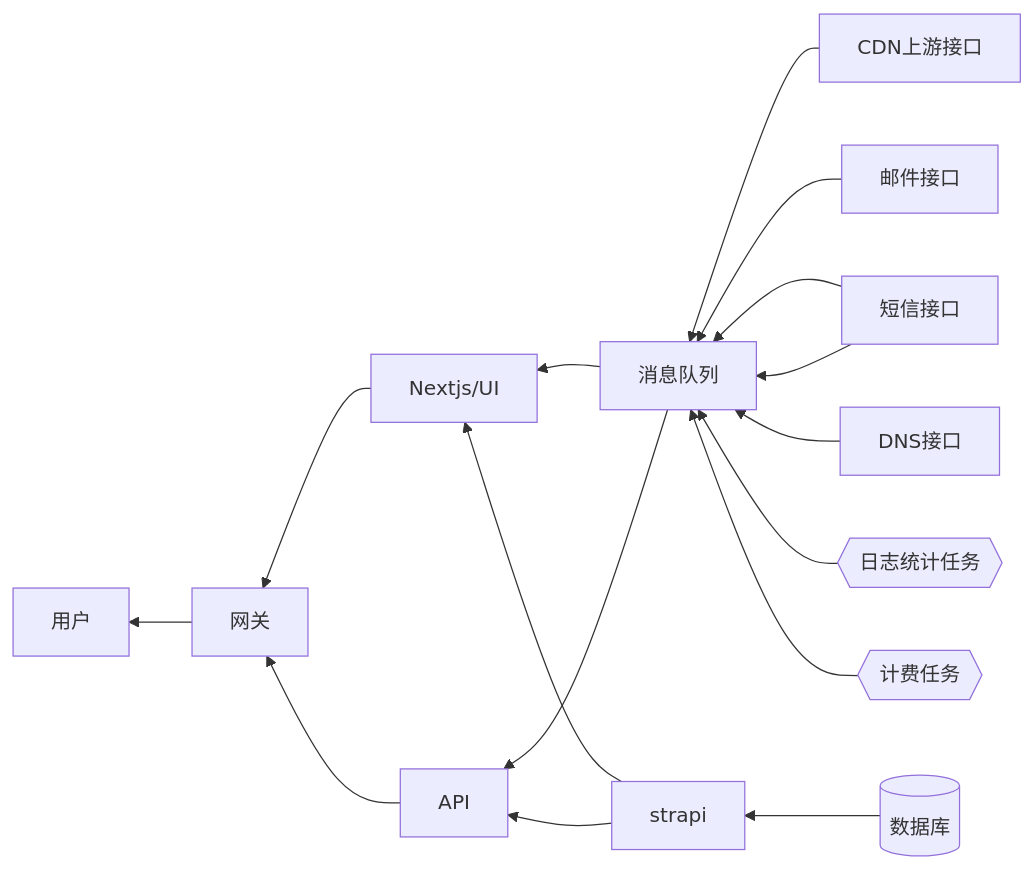
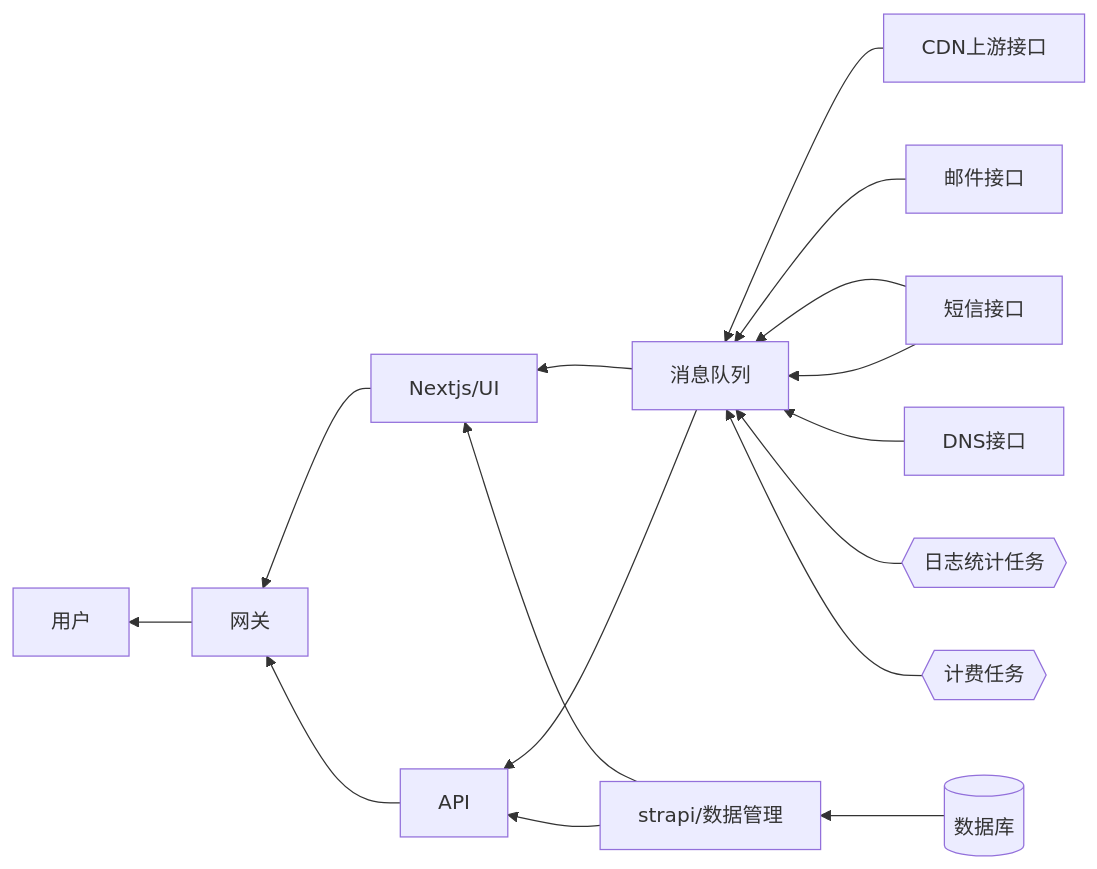
One commit to quanzhanyun/system-design-docs changed the diagram in docs/index.mdx. Above: the diagram before and after it, drawn with Mermaid. The commit also changed other lines of this file and 4 other files, not shown here.

````diff
--- a/docs/index.mdx
+++ b/docs/index.mdx
@@ -6,21 +13,17 @@
 ```mermaid
 flowchart RL;
     数据库[(数据库)]
     日志统计任务{{日志统计任务}}
     计费任务{{计费任务}}
     CDN上游接口-->消息队列;
     短信接口-->消息队列;
     邮件接口-->消息队列;
     DNS接口-->消息队列;
     短信接口-->消息队列;
     日志统计任务-->消息队列;
     计费任务-->消息队列;
-    数据库-->strapi;
-    消息队列-->Nextjs/UI;
-    strapi-->Nextjs/UI;
-    strapi-->API;
-    消息队列-->API;
-    Nextjs/UI-->网关;
-    API-->网关;
+    数据库-->strapi/数据管理;
+    消息队列 & strapi/数据管理-->Nextjs/UI & API;
+    Nextjs/UI & API-->网关;
     网关-->用户;
 ```
````
